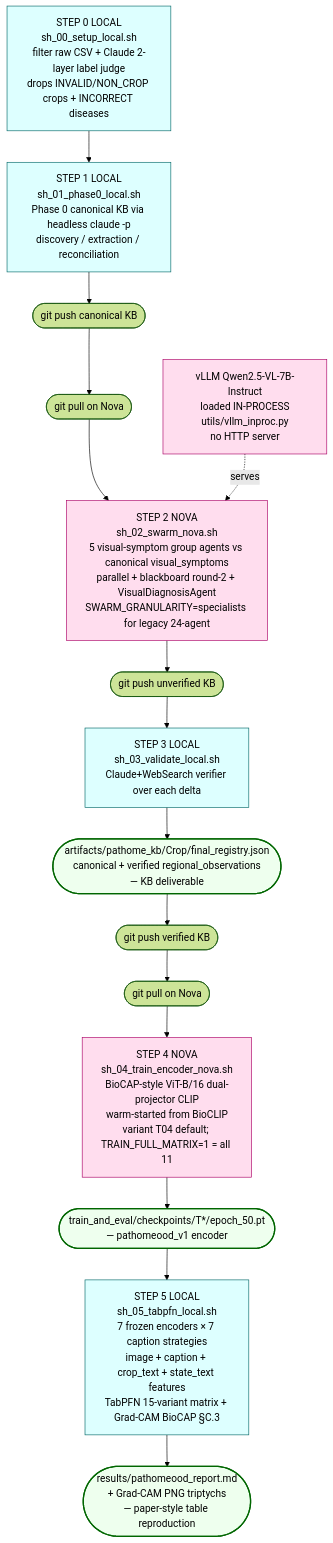
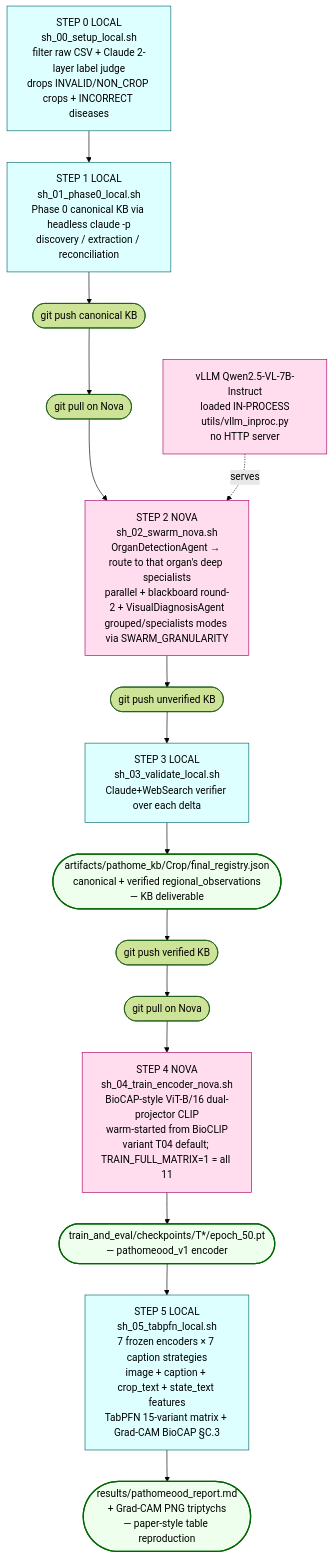
The first of 5 diagrams in FLOW.md (tirtho149/PRESAGE), drawn with Mermaid (forest theme) before and after one commit. The commit also changed other lines of this file and 5 other files, not shown here.

````diff
--- a/FLOW.md
+++ b/FLOW.md
@@ -29,29 +29,29 @@
 ```mermaid
 flowchart TD
     S0[STEP 0 LOCAL<br/>sh_00_setup_local.sh<br/>filter raw CSV + Claude 2-layer label judge<br/>drops INVALID/NON_CROP crops + INCORRECT diseases]
     S1[STEP 1 LOCAL<br/>sh_01_phase0_local.sh<br/>Phase 0 canonical KB via headless claude -p<br/>discovery / extraction / reconciliation]
     PUSH1([git push canonical KB])
     PULL1([git pull on Nova])
     VLLM[vLLM Qwen2.5-VL-7B-Instruct<br/>loaded IN-PROCESS<br/>utils/vllm_inproc.py<br/>no HTTP server]
-    S2[STEP 2 NOVA<br/>sh_02_swarm_nova.sh<br/>5 visual-symptom group agents vs canonical visual_symptoms<br/>parallel + blackboard round-2 + VisualDiagnosisAgent<br/>SWARM_GRANULARITY=specialists for legacy 24-agent]
+    S2[STEP 2 NOVA<br/>sh_02_swarm_nova.sh<br/>OrganDetectionAgent → route to that organ's deep specialists<br/>parallel + blackboard round-2 + VisualDiagnosisAgent<br/>grouped/specialists modes via SWARM_GRANULARITY]
     PUSH2([git push unverified KB])
     S3[STEP 3 LOCAL<br/>sh_03_validate_local.sh<br/>Claude+WebSearch verifier over each delta]
     REG([artifacts/pathome_kb/Crop/final_registry.json<br/>canonical + verified regional_observations<br/>— KB deliverable])
     PUSH3([git push verified KB])
     PULL2([git pull on Nova])
     S4[STEP 4 NOVA<br/>sh_04_train_encoder_nova.sh<br/>BioCAP-style ViT-B/16 dual-projector CLIP<br/>warm-started from BioCLIP<br/>variant T04 default; TRAIN_FULL_MATRIX=1 = all 11]
     CKPT([train_and_eval/checkpoints/T*/epoch_50.pt<br/>— pathomeood_v1 encoder])
     S5[STEP 5 LOCAL<br/>sh_05_tabpfn_local.sh<br/>7 frozen encoders × 7 caption strategies<br/>image + caption + crop_text + state_text features<br/>TabPFN 15-variant matrix + Grad-CAM BioCAP §C.3]
     METRICS([results/pathomeood_report.md<br/>+ Grad-CAM PNG triptychs<br/>— paper-style table reproduction])
 
     S0 --> S1 --> PUSH1 --> PULL1 --> S2
     VLLM -.serves.-> S2 --> PUSH2 --> S3 --> REG --> PUSH3 --> PULL2 --> S4
     S4 --> CKPT --> S5 --> METRICS
 
     classDef local fill:#dff,stroke:#066,stroke-width:1px
     classDef gpu fill:#fde,stroke:#a06,stroke-width:1px
     classDef terminal fill:#efe,stroke:#060,stroke-width:2px
     class S0,S1,S3,S5 local
     class VLLM,S2,S4 gpu
     class REG,CKPT,METRICS terminal
 ```
````
